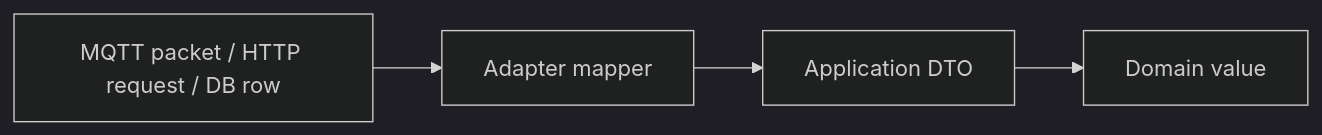
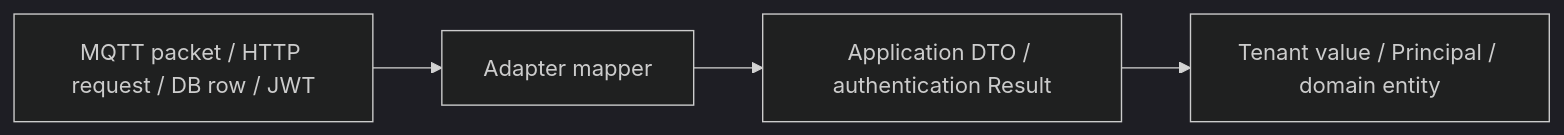
Before and after one commit to kayden-kim/narumq: the second of 2 diagrams in docs/explainers/broker-core-boundaries.md, drawn with Mermaid (dark theme). The commit also changed other lines of this file and 31 other files, not shown here.

````diff
--- a/docs/explainers/broker-core-boundaries.md
+++ b/docs/explainers/broker-core-boundaries.md
@@ -92,6 +97,6 @@
 ```mermaid
 flowchart LR
-    W["MQTT packet / HTTP request / DB row"] --> M["Adapter mapper"]
-    M --> X["Application DTO"]
-    X --> V["Domain value"]
+    W["MQTT packet / HTTP request / DB row / JWT"] --> M["Adapter mapper"]
+    M --> X["Application DTO / authentication Result"]
+    X --> V["Tenant value / Principal / domain entity"]
 ```
````
